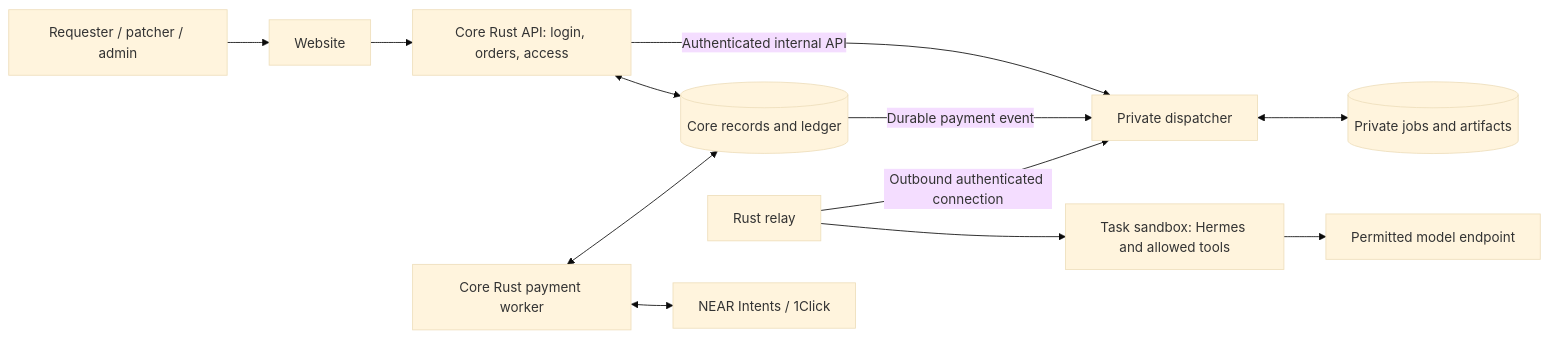
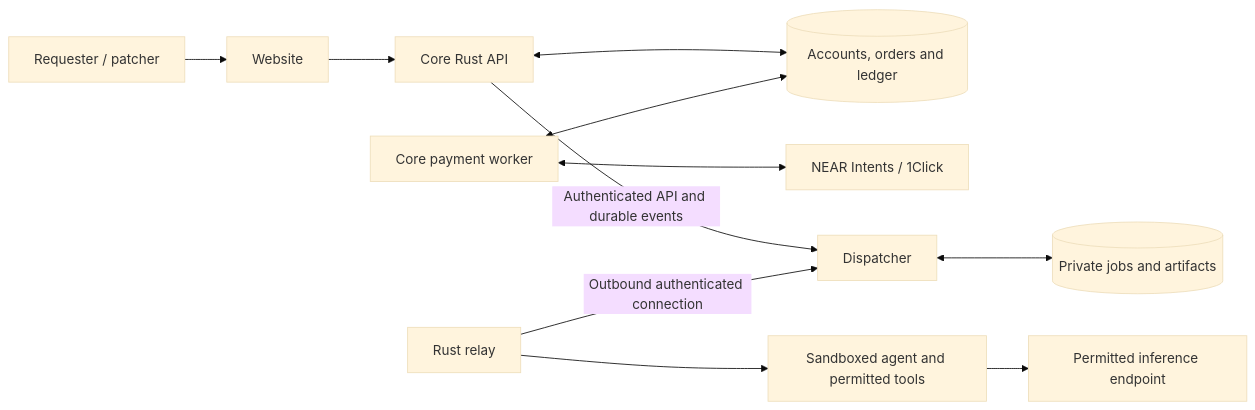
One commit to adaki2004/patchriot-core changed the diagram in README.md. Above: the diagram before and after it, drawn with Mermaid (base theme). The commit also changed other lines of this file, not shown here.

Commit message:
docs: lead with code and website security reviews

````diff
--- a/README.md
+++ b/README.md
@@ -25,14 +80,13 @@
 ```mermaid
 flowchart LR
-  U[Requester / patcher / admin] --> W[Website]
-  W --> C[Core Rust API: login, orders, access]
-  C -->|Authenticated internal API| D[Private dispatcher]
-  C <--> B[(Core records and ledger)]
-  P[Core Rust payment worker] <--> B
+  U[Requester / patcher] --> W[Website]
+  W --> C[Core Rust API]
+  C <--> B[(Accounts, orders and ledger)]
+  P[Core payment worker] <--> B
   P <--> N[NEAR Intents / 1Click]
-  B -->|Durable payment event| D
+  C -->|Authenticated API and durable events| D[Dispatcher]
   D <--> J[(Private jobs and artifacts)]
   R[Rust relay] -->|Outbound authenticated connection| D
-  R --> S[Task sandbox: Hermes and allowed tools]
-  S --> M[Permitted model endpoint]
+  R --> S[Sandboxed agent and permitted tools]
+  S --> M[Permitted inference endpoint]
 ```
````
